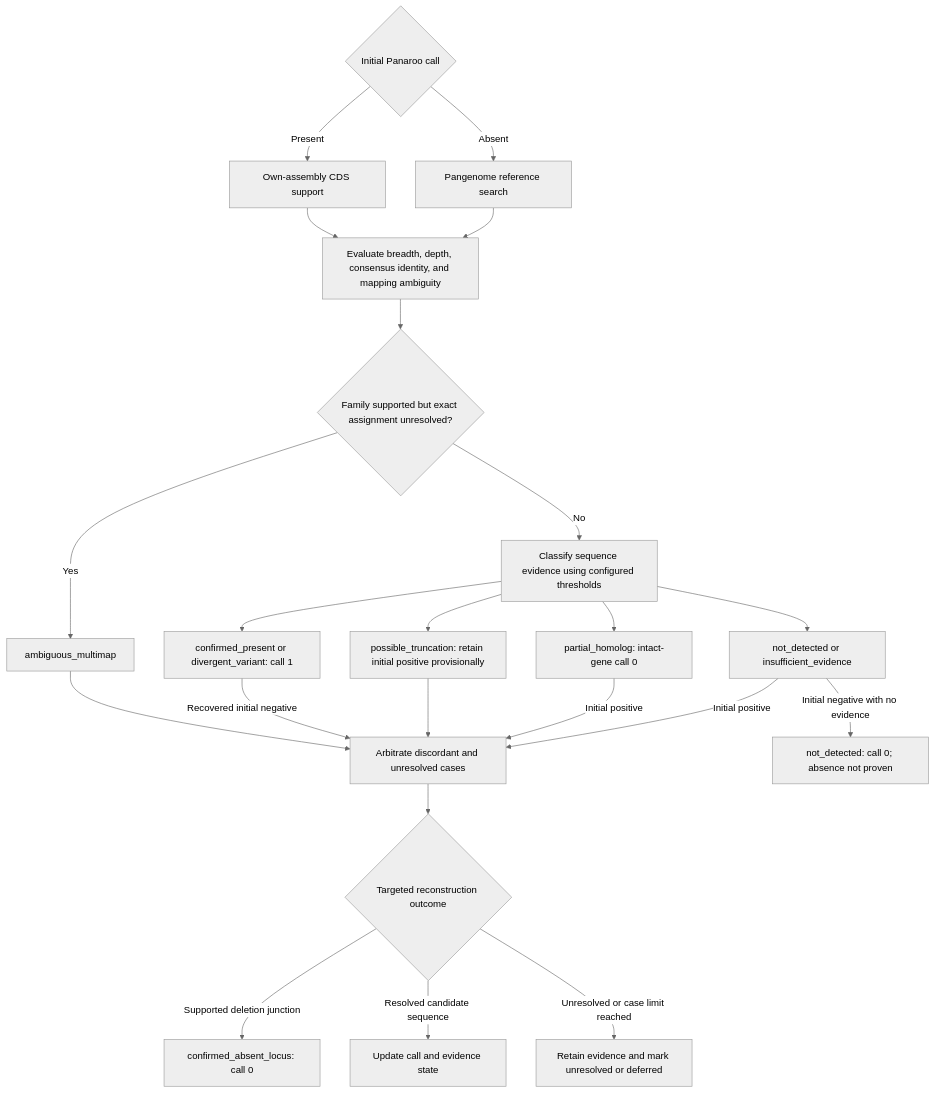
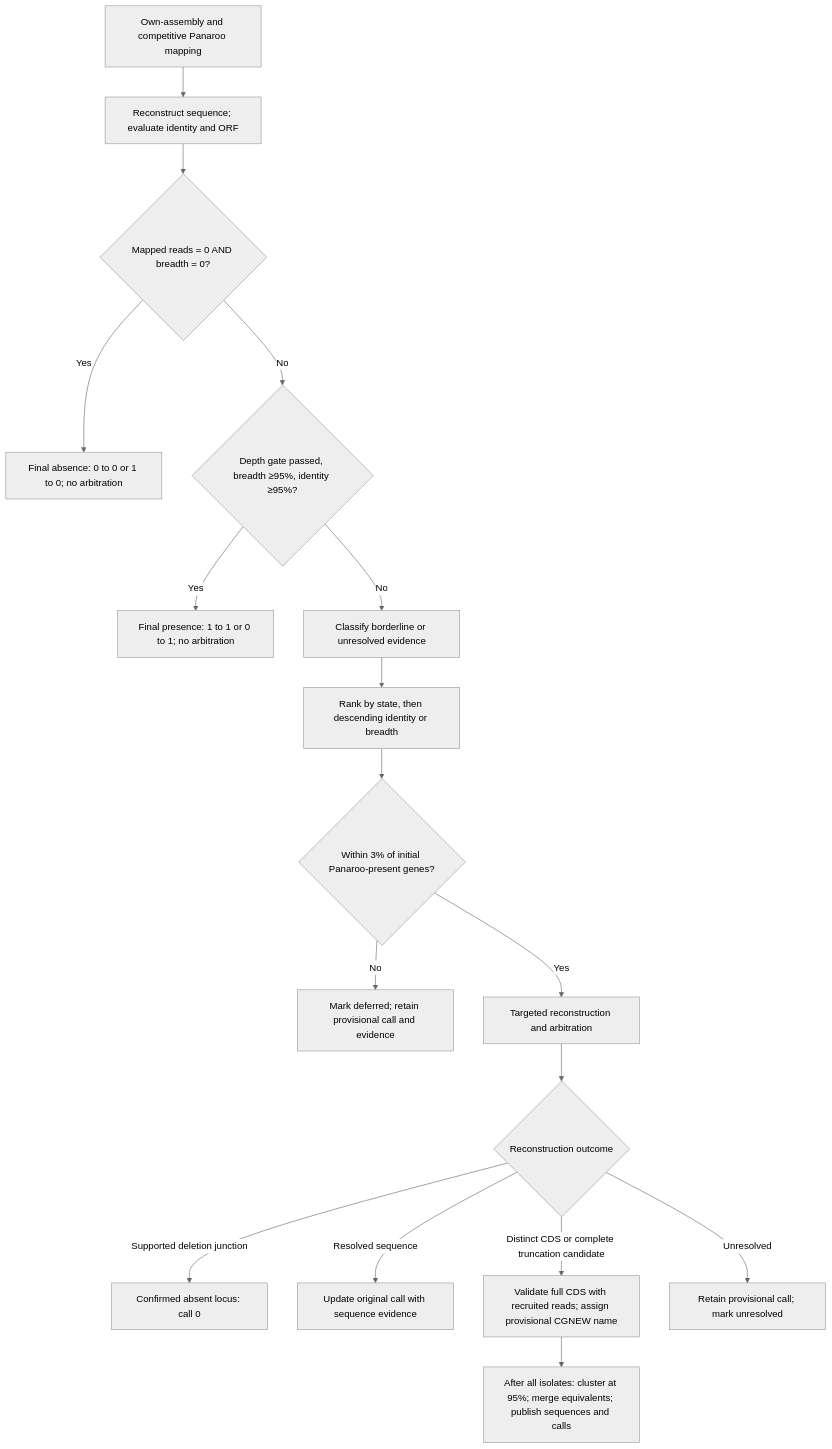
Before and after one commit to AndriyPlakhotnyk/CleanGene: the second of 2 diagrams in README.md, drawn with Mermaid (neutral theme). The commit also changed other lines of this file and 17 other files, not shown here.

Commit message:
Archive read evidence and consolidate reconstructed genes

````diff
--- a/README.md
+++ b/README.md
@@ -64,24 +66,19 @@
 ```mermaid
 flowchart TD
-    A{"Initial Panaroo call"} -->|Present| B["Own-assembly CDS support"]
-    A -->|Absent| C["Pangenome reference search"]
-    B --> D["Evaluate breadth, depth, consensus identity, and mapping ambiguity"]
-    C --> D
-    D --> E{"Family supported but exact assignment unresolved?"}
-    E -->|Yes| F["ambiguous_multimap"]
-    E -->|No| G["Classify sequence evidence using configured thresholds"]
-    G --> H["confirmed_present or divergent_variant: call 1"]
-    G --> I["possible_truncation: retain initial positive provisionally"]
-    G --> J["partial_homolog: intact-gene call 0"]
-    G --> K["not_detected or insufficient_evidence"]
-    F --> L["Arbitrate discordant and unresolved cases"]
-    I --> L
-    J -->|Initial positive| L
-    K -->|Initial positive| L
-    H -->|Recovered initial negative| L
-    L --> M{"Targeted reconstruction outcome"}
-    M -->|Supported deletion junction| N["confirmed_absent_locus: call 0"]
-    M -->|Resolved candidate sequence| O["Update call and evidence state"]
-    M -->|Unresolved or case limit reached| P["Retain evidence and mark unresolved or deferred"]
-    K -->|Initial negative with no evidence| Q["not_detected: call 0; absence not proven"]
+    A["Own-assembly and competitive Panaroo mapping"] --> B["Reconstruct sequence; evaluate identity and ORF"]
+    B --> C{"Mapped reads = 0 AND breadth = 0?"}
+    C -->|Yes| Z["Final absence: 0 to 0 or 1 to 0; no arbitration"]
+    C -->|No| D{"Depth gate passed, breadth ≥95%, identity ≥95%?"}
+    D -->|Yes| P["Final presence: 1 to 1 or 0 to 1; no arbitration"]
+    D -->|No| E["Classify borderline or unresolved evidence"]
+    E --> F["Rank by state, then descending identity or breadth"]
+    F --> G{"Within 3% of initial Panaroo-present genes?"}
+    G -->|No| H["Mark deferred; retain provisional call and evidence"]
+    G -->|Yes| I["Targeted reconstruction and arbitration"]
+    I --> J{"Reconstruction outcome"}
+    J -->|Supported deletion junction| K["Confirmed absent locus: call 0"]
+    J -->|Resolved sequence| L["Update original call with sequence evidence"]
+    J -->|Distinct CDS or complete truncation candidate| M["Validate full CDS with recruited reads; assign provisional CGNEW name"]
+    J -->|Unresolved| N["Retain provisional call; mark unresolved"]
+    M --> O["After all isolates: cluster at 95%; merge equivalents; publish sequences and calls"]
 ```
````
